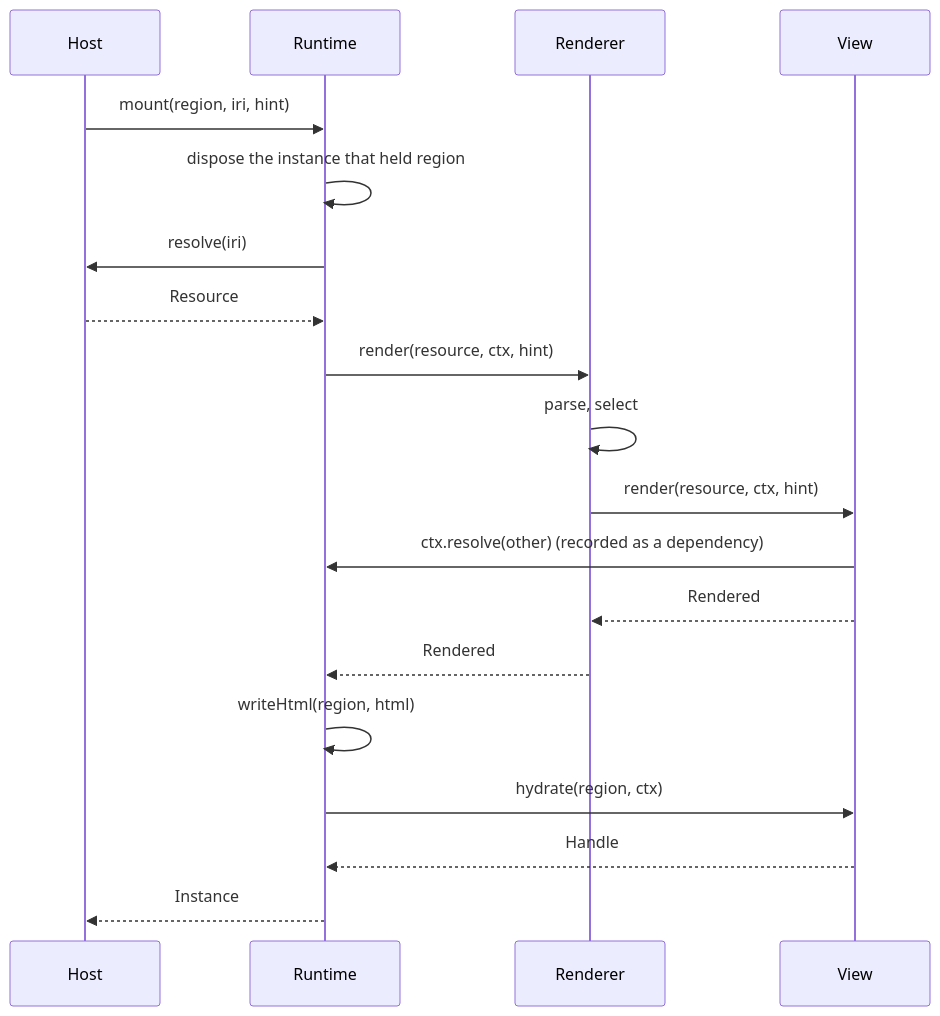
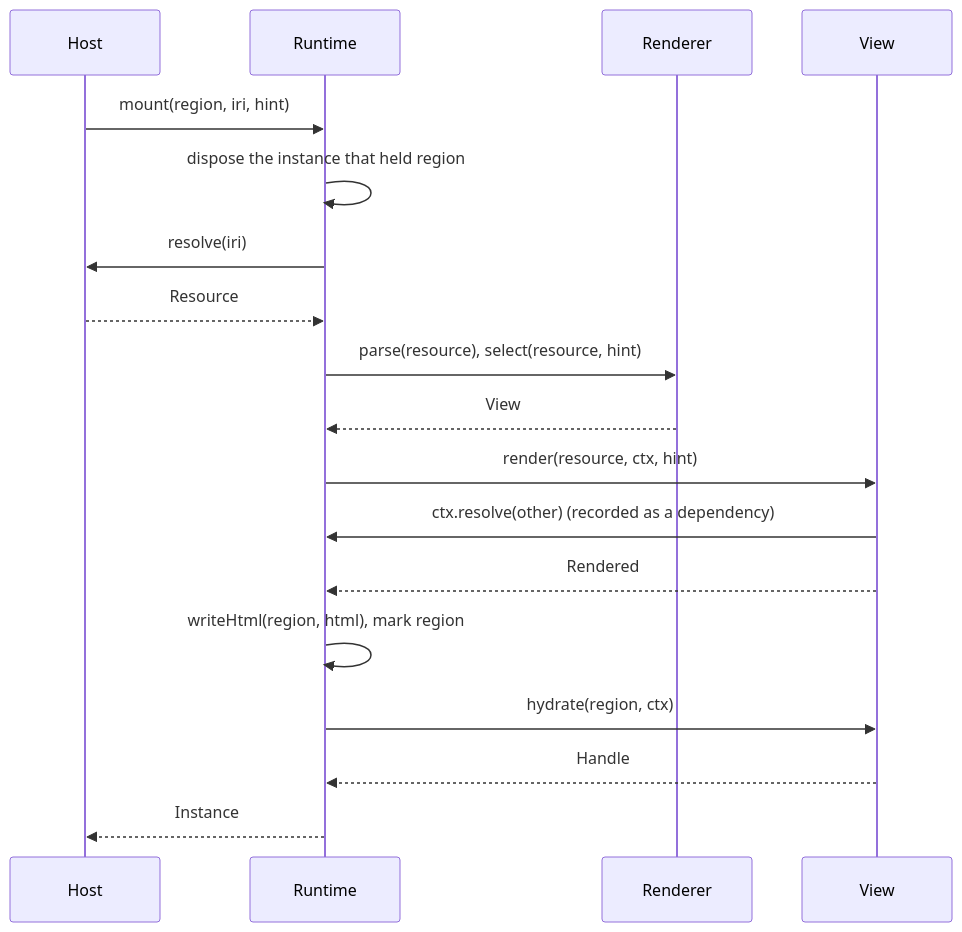
The first of 4 diagrams in docs/reference/rendering.mdx (aleph-garden/vitrine), drawn with Mermaid before and after one commit. The commit also changed other lines of this file and 6 other files, not shown here.

Commit message:
feat(vitrine): mark every region with its view and resource

````diff
--- a/docs/reference/rendering.mdx
+++ b/docs/reference/rendering.mdx
@@ -31,21 +31,20 @@
 ```mermaid
 sequenceDiagram
   participant Host
   participant Runtime
   participant Renderer
   participant View
   Host->>Runtime: mount(region, iri, hint)
   Runtime->>Runtime: dispose the instance that held region
   Runtime->>Host: resolve(iri)
   Host-->>Runtime: Resource
-  Runtime->>Renderer: render(resource, ctx, hint)
-  Renderer->>Renderer: parse, select
-  Renderer->>View: render(resource, ctx, hint)
+  Runtime->>Renderer: parse(resource), select(resource, hint)
+  Renderer-->>Runtime: View
+  Runtime->>View: render(resource, ctx, hint)
   View->>Runtime: ctx.resolve(other)   (recorded as a dependency)
-  View-->>Renderer: Rendered
-  Renderer-->>Runtime: Rendered
-  Runtime->>Runtime: writeHtml(region, html)
+  View-->>Runtime: Rendered
+  Runtime->>Runtime: writeHtml(region, html), mark region
   Runtime->>View: hydrate(region, ctx)
   View-->>Runtime: Handle
   Runtime-->>Host: Instance
 ```
````
